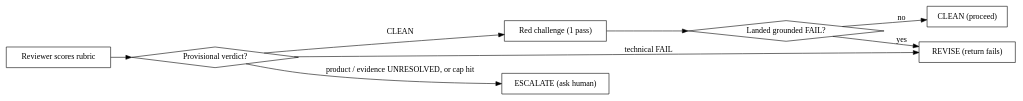
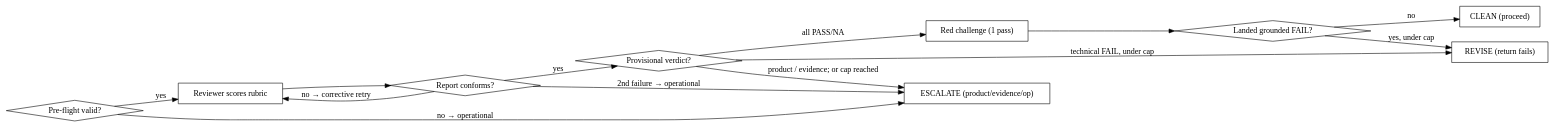
The diagram in skills/red-blue-judge/SKILL.md (JasonFulksFamilySearch/claude-os), drawn with Graphviz before and after one commit. The commit also changed other lines of this file and 5 other files, not shown here.

First line of the commit message:
Feat: harden red-blue-judge gate and add plan-mode P6 rubric line

````diff
--- a/skills/red-blue-judge/SKILL.md
+++ b/skills/red-blue-judge/SKILL.md
@@ -83,20 +106,27 @@
 ```dot
 digraph rbj {
   rankdir=LR;
+  "Pre-flight valid?" [shape=diamond];
   "Reviewer scores rubric" [shape=box];
+  "Report conforms?" [shape=diamond];
   "Provisional verdict?" [shape=diamond];
   "Red challenge (1 pass)" [shape=box];
   "Landed grounded FAIL?" [shape=diamond];
   "CLEAN (proceed)" [shape=box];
   "REVISE (return fails)" [shape=box];
-  "ESCALATE (ask human)" [shape=box];
+  "ESCALATE (product/evidence/op)" [shape=box];
 
-  "Reviewer scores rubric" -> "Provisional verdict?";
-  "Provisional verdict?" -> "Red challenge (1 pass)" [label="CLEAN"];
-  "Provisional verdict?" -> "REVISE (return fails)" [label="technical FAIL"];
-  "Provisional verdict?" -> "ESCALATE (ask human)" [label="product / evidence UNRESOLVED, or cap hit"];
+  "Pre-flight valid?" -> "Reviewer scores rubric" [label="yes"];
+  "Pre-flight valid?" -> "ESCALATE (product/evidence/op)" [label="no → operational"];
+  "Reviewer scores rubric" -> "Report conforms?";
+  "Report conforms?" -> "Provisional verdict?" [label="yes"];
+  "Report conforms?" -> "Reviewer scores rubric" [label="no → corrective retry"];
+  "Report conforms?" -> "ESCALATE (product/evidence/op)" [label="2nd failure → operational"];
+  "Provisional verdict?" -> "Red challenge (1 pass)" [label="all PASS/NA"];
+  "Provisional verdict?" -> "REVISE (return fails)" [label="technical FAIL, under cap"];
+  "Provisional verdict?" -> "ESCALATE (product/evidence/op)" [label="product / evidence; or cap reached"];
   "Red challenge (1 pass)" -> "Landed grounded FAIL?";
-  "Landed grounded FAIL?" -> "REVISE (return fails)" [label="yes"];
+  "Landed grounded FAIL?" -> "REVISE (return fails)" [label="yes, under cap"];
   "Landed grounded FAIL?" -> "CLEAN (proceed)" [label="no"];
 }
 ```
````
